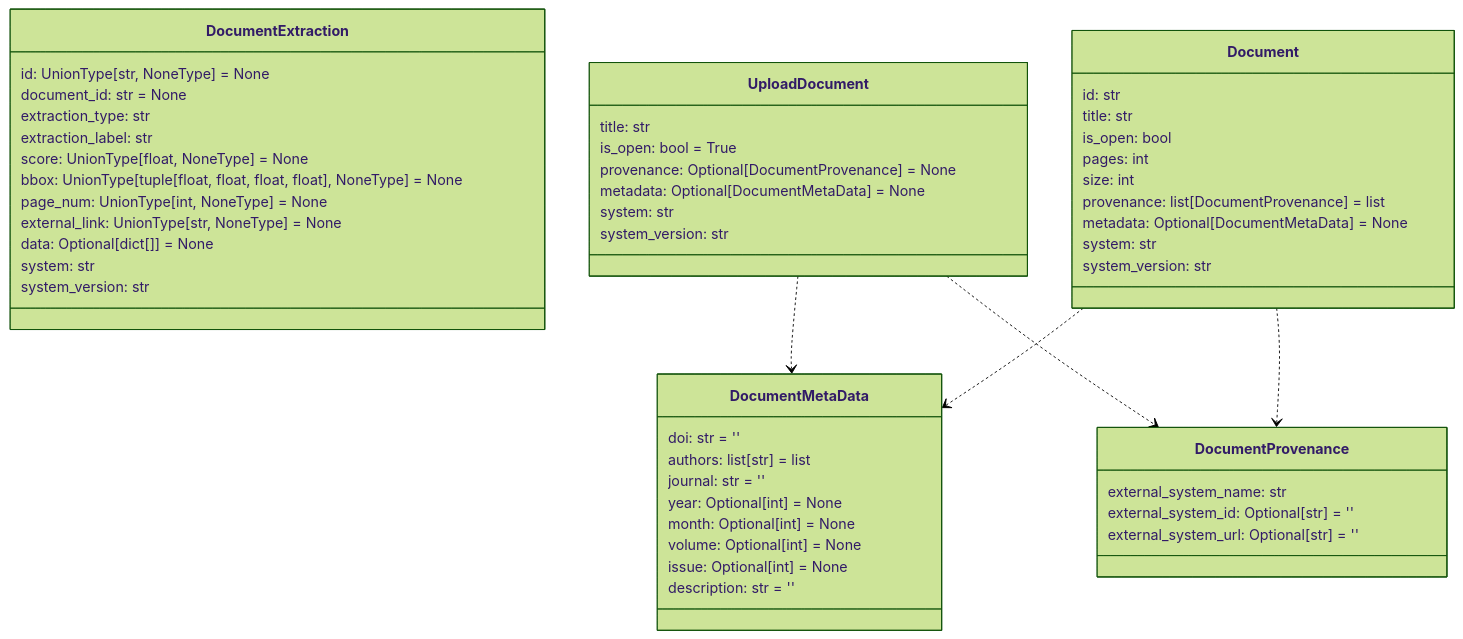
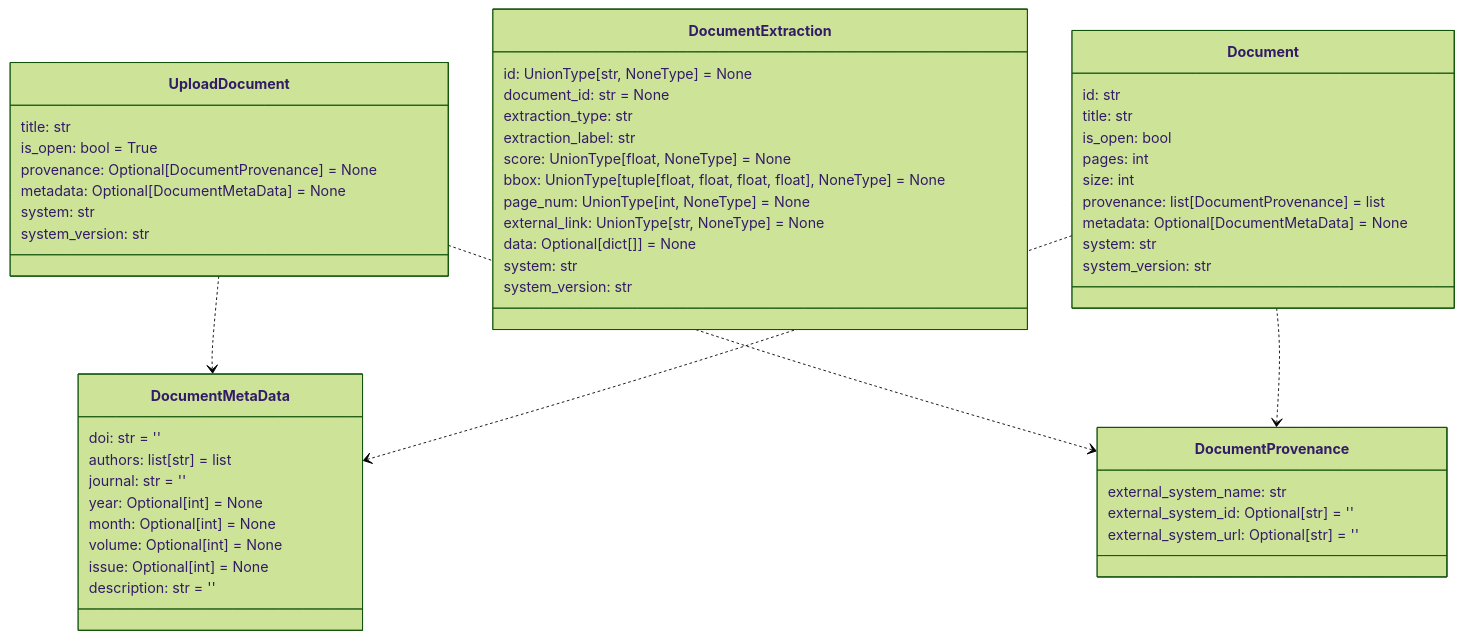
Before and after one commit to DARPA-CRITICALMAAS/cdr_schemas: the ninth of 12 diagrams in README.md, drawn with Mermaid (forest theme). The commit also changed other lines of this file and 7 other files, not shown here.

````diff
--- a/README.md
+++ b/README.md
@@ -667,62 +667,62 @@
 ```mermaid
 classDiagram
+
+    class DocumentMetaData {
+        doi: str = ''
+        authors: list[str] = list
+        journal: str = ''
+        year: Optional[int] = None
+        month: Optional[int] = None
+        volume: Optional[int] = None
+        issue: Optional[int] = None
+        description: str = ''
+    }
+
+    class Document {
+        id: str
+        title: str
+        is_open: bool
+        pages: int
+        size: int
+        provenance: list[DocumentProvenance] = list
+        metadata: Optional[DocumentMetaData] = None
+        system: str
+        system_version: str
+    }
 
     class DocumentExtraction {
         id: UnionType[str, NoneType] = None
         document_id: str = None
         extraction_type: str
         extraction_label: str
         score: UnionType[float, NoneType] = None
         bbox: UnionType[tuple[float, float, float, float], NoneType] = None
         page_num: UnionType[int, NoneType] = None
         external_link: UnionType[str, NoneType] = None
         data: Optional[dict[]] = None
         system: str
         system_version: str
     }
 
+    class DocumentProvenance {
+        external_system_name: str
+        external_system_id: Optional[str] = ''
+        external_system_url: Optional[str] = ''
+    }
+
     class UploadDocument {
         title: str
         is_open: bool = True
         provenance: Optional[DocumentProvenance] = None
         metadata: Optional[DocumentMetaData] = None
         system: str
         system_version: str
     }
 
-    class DocumentProvenance {
-        external_system_name: str
-        external_system_id: Optional[str] = ''
-        external_system_url: Optional[str] = ''
-    }
-
-    class Document {
-        id: str
-        title: str
-        is_open: bool
-        pages: int
-        size: int
-        provenance: list[DocumentProvenance] = list
-        metadata: Optional[DocumentMetaData] = None
-        system: str
-        system_version: str
-    }
-
-    class DocumentMetaData {
-        doi: str = ''
-        authors: list[str] = list
-        journal: str = ''
-        year: Optional[int] = None
-        month: Optional[int] = None
-        volume: Optional[int] = None
-        issue: Optional[int] = None
-        description: str = ''
-    }
-
     UploadDocument ..> DocumentMetaData
     UploadDocument ..> DocumentProvenance
     Document ..> DocumentMetaData
     Document ..> DocumentProvenance
 
 
 ```
````
